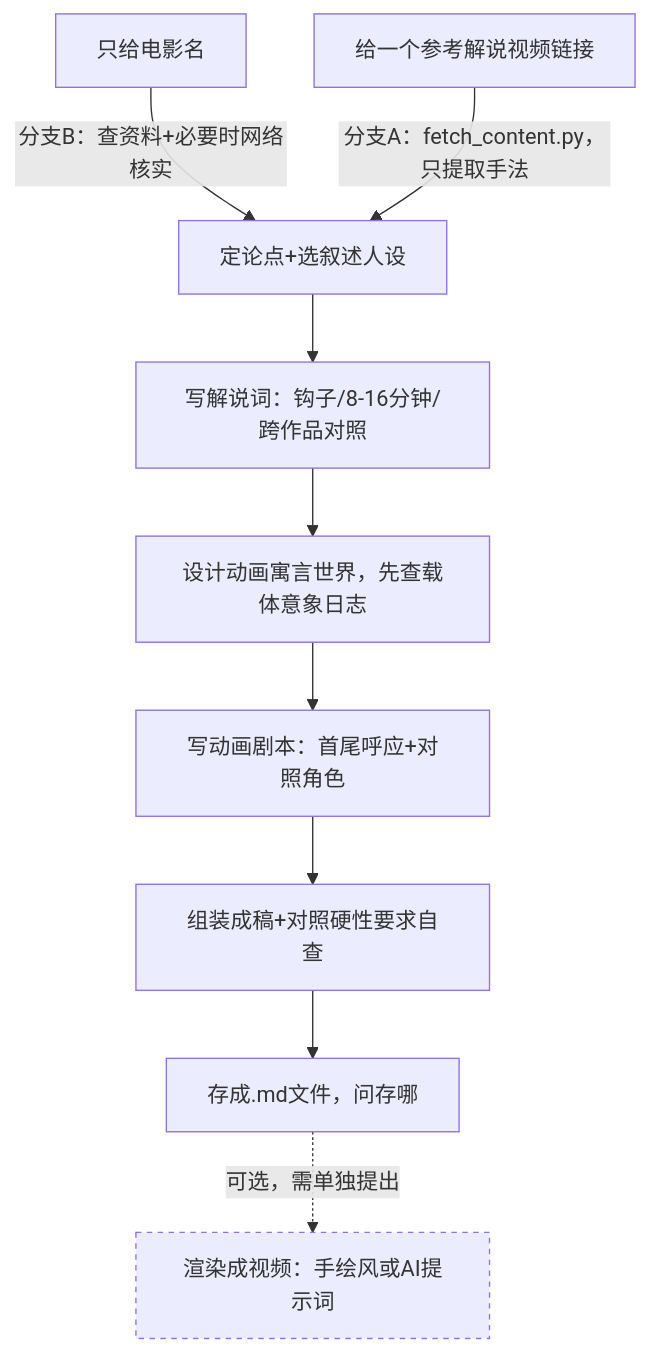
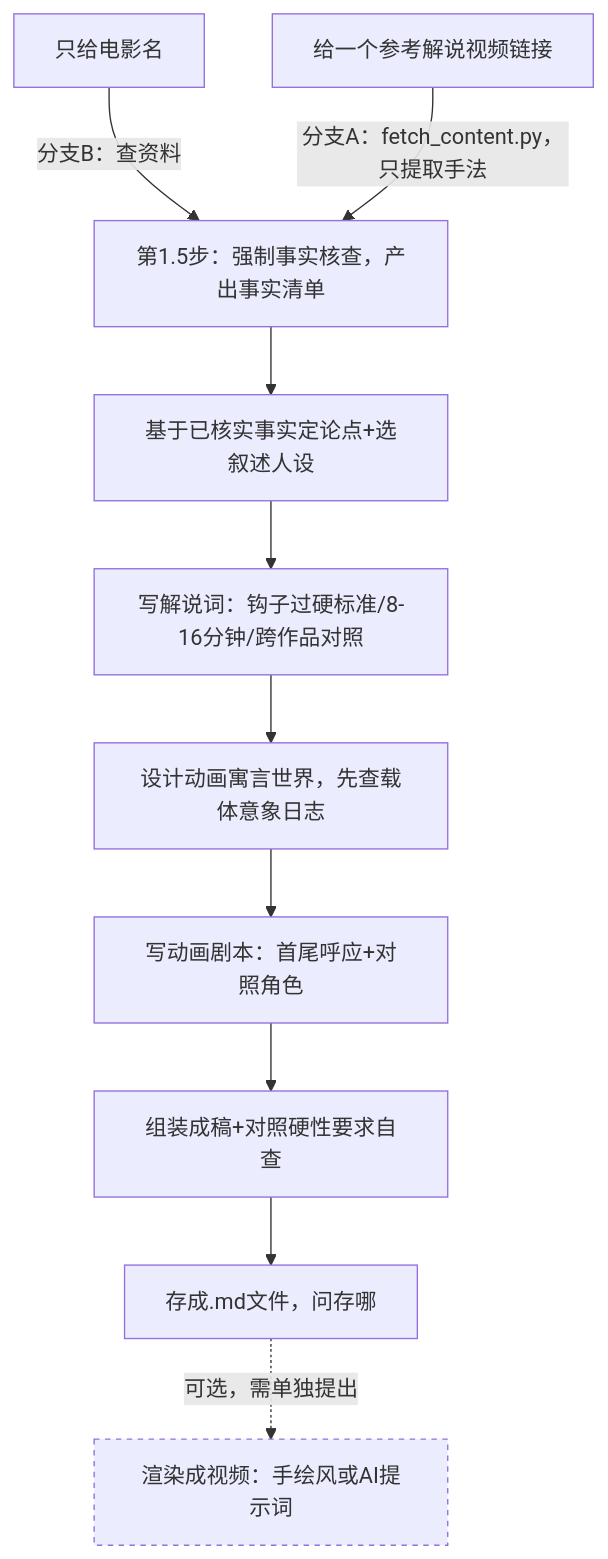
The first of 2 diagrams in README.zh-CN.md (luckyhong/cine-remix-forge), drawn with Mermaid before and after one commit. The commit also changed other lines of this file and 11 other files, not shown here.

````diff
--- a/README.zh-CN.md
+++ b/README.zh-CN.md
@@ -31,14 +31,15 @@
 ```mermaid
 flowchart TD
-    A[只给电影名] -->|分支B：查资料+必要时网络核实| C
-    B[给一个参考解说视频链接] -->|分支A：fetch_content.py，只提取手法| C
-    C[定论点+选叙述人设] --> D[写解说词：钩子/8-16分钟/跨作品对照]
+    A[只给电影名] -->|分支B：查资料| FC
+    B[给一个参考解说视频链接] -->|分支A：fetch_content.py，只提取手法| FC
+    FC[第1.5步：强制事实核查，产出事实清单] --> C
+    C[基于已核实事实定论点+选叙述人设] --> D[写解说词：钩子过硬标准/8-16分钟/跨作品对照]
     D --> E[设计动画寓言世界，先查载体意象日志]
     E --> F[写动画剧本：首尾呼应+对照角色]
     F --> G[组装成稿+对照硬性要求自查]
     G --> H[存成.md文件，问存哪]
     H -.->|可选，需单独提出| I[渲染成视频：手绘风或AI提示词]
 
     classDef optional stroke-dasharray: 4 4
     class I optional
 ```
````
